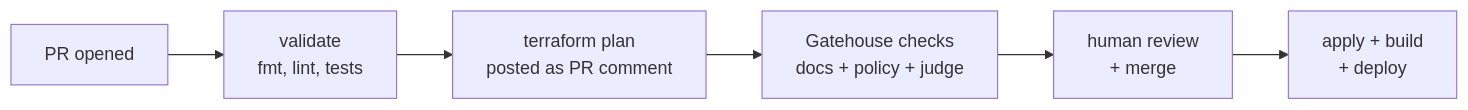
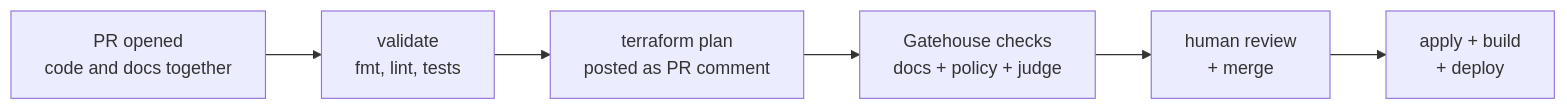
Before and after one commit to deathscythe272/blackfork-platform: the diagram in docs/10-foundation/12-cicd-pipelines.md, drawn with Mermaid. The commit also changed 18 other files, not shown here.

````diff
--- a/docs/10-foundation/12-cicd-pipelines.md
+++ b/docs/10-foundation/12-cicd-pipelines.md
@@ -20,4 +20,4 @@
 ```mermaid
 flowchart LR
-  A["PR opened"] --> B["validate<br>fmt, lint, tests"] --> C["terraform plan<br>posted as PR comment"] --> D["Gatehouse checks<br>docs + policy + judge"] --> E["human review<br>+ merge"] --> F["apply + build<br>+ deploy"]
+  A["PR opened<br>code and docs together"] --> B["validate<br>fmt, lint, tests"] --> C["terraform plan<br>posted as PR comment"] --> D["Gatehouse checks<br>docs + policy + judge"] --> E["human review<br>+ merge"] --> F["apply + build<br>+ deploy"]
 ```
````
